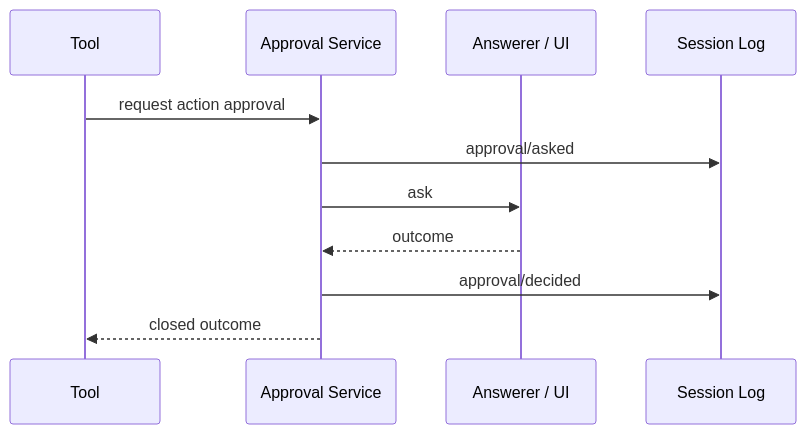
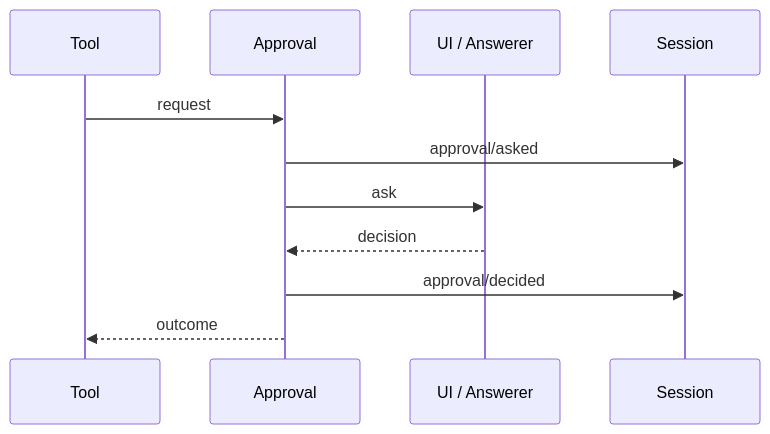
One commit to indigofeather/harness-book changed the third of 3 diagrams in docs/deepseek/security-and-approvals.md. Above: the diagram before and after it, drawn with Mermaid. The commit also changed other lines of this file and 48 other files, not shown here.

````diff
--- a/docs/deepseek/security-and-approvals.md
+++ b/docs/deepseek/security-and-approvals.md
@@ -229,14 +142,13 @@
 ```mermaid
 sequenceDiagram
   participant T as Tool
-  participant A as Approval Service
-  participant U as Answerer / UI
-  participant S as Session Log
-
-  T->>A: request action approval
+  participant A as Approval
+  participant U as UI / Answerer
+  participant S as Session
+  T->>A: request
   A->>S: approval/asked
   A->>U: ask
-  U-->>A: outcome
+  U-->>A: decision
   A->>S: approval/decided
-  A-->>T: closed outcome
+  A-->>T: outcome
 ```
````
